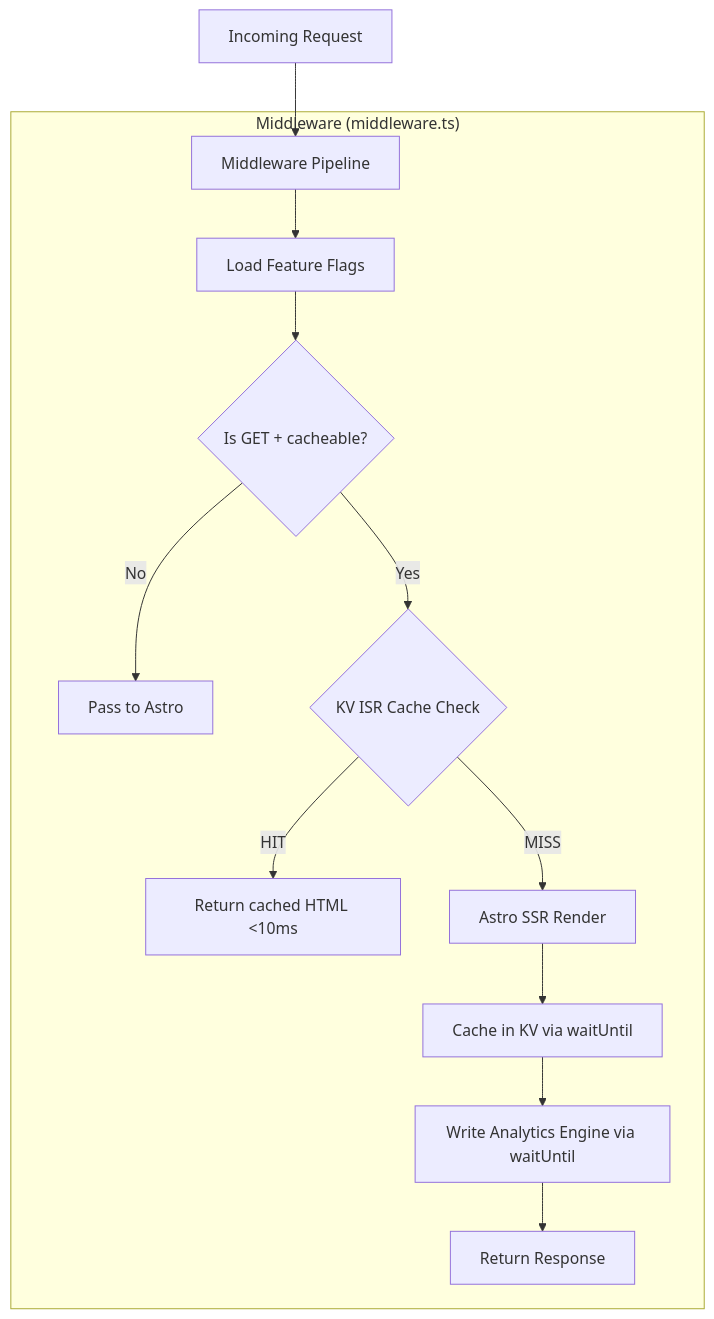
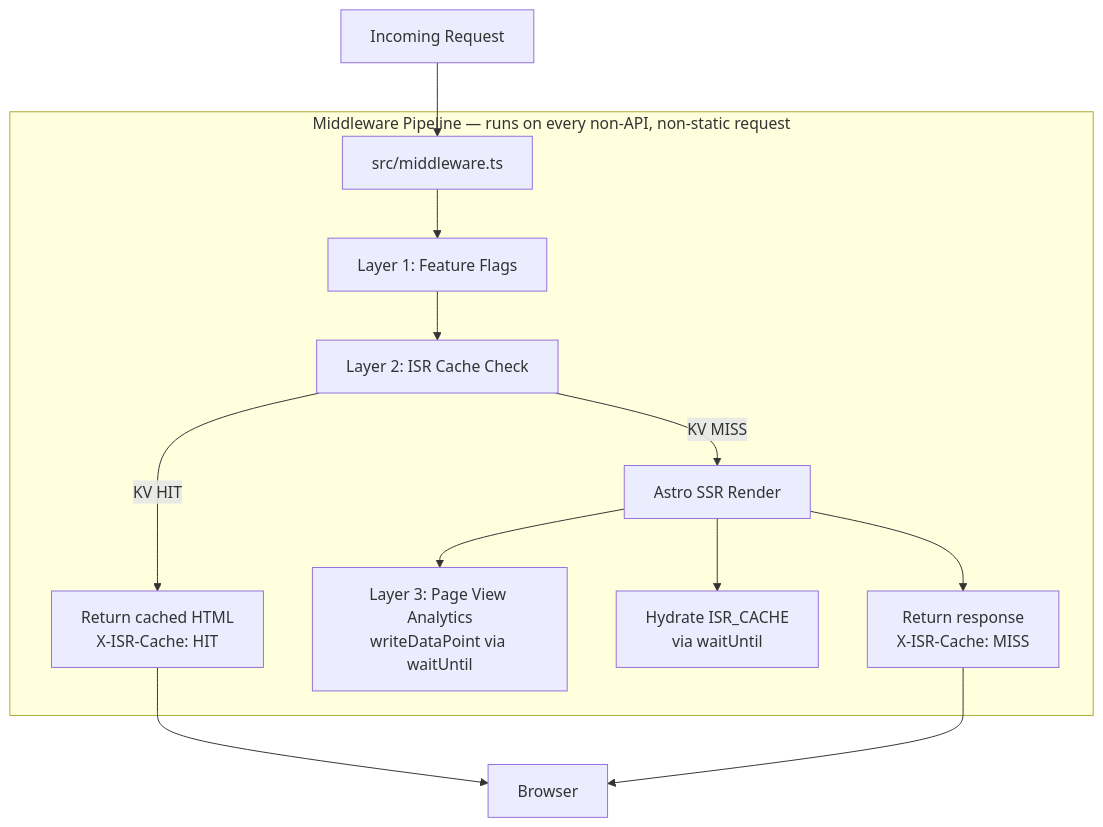
Before and after one commit to mascotasmadagascar-cmd/madagascar-documentation: the first of 6 diagrams in cf-astro/architecture.md, drawn with Mermaid. The commit also changed other lines of this file and 24 other files, not shown here.

Commit message:
docs: sync architectural updates, observability improvements, and service connection details

````diff
--- a/cf-astro/architecture.md
+++ b/cf-astro/architecture.md
@@ -9,16 +15,17 @@
 ```mermaid
 graph TB
-    R[Incoming Request] --> MW[Middleware Pipeline]
+    R[Incoming Request] --> MW[src/middleware.ts]
 
-    subgraph "Middleware (middleware.ts)"
-        MW --> FF[Load Feature Flags]
-        FF --> RC{Is GET + cacheable?}
-        RC -->|No| NEXT[Pass to Astro]
-        RC -->|Yes| KV{KV ISR Cache Check}
-        KV -->|HIT| HIT[Return cached HTML <10ms]
-        KV -->|MISS| SSR[Astro SSR Render]
-        SSR --> CACHE[Cache in KV via waitUntil]
-        CACHE --> ANA[Write Analytics Engine via waitUntil]
-        ANA --> RES[Return Response]
+    subgraph "Middleware Pipeline — runs on every non-API, non-static request"
+        MW --> L1[Layer 1: Feature Flags]
+        L1 --> L2[Layer 2: ISR Cache Check]
+        L2 -->|KV HIT| HIT[Return cached HTML\nX-ISR-Cache: HIT]
+        L2 -->|KV MISS| SSR[Astro SSR Render]
+        SSR --> L3[Layer 3: Page View Analytics\nwriteDataPoint via waitUntil]
+        SSR --> KVSTORE[Hydrate ISR_CACHE\nvia waitUntil]
+        SSR --> RESP[Return response\nX-ISR-Cache: MISS]
     end
+
+    HIT --> CLIENT[Browser]
+    RESP --> CLIENT
 ```
````
